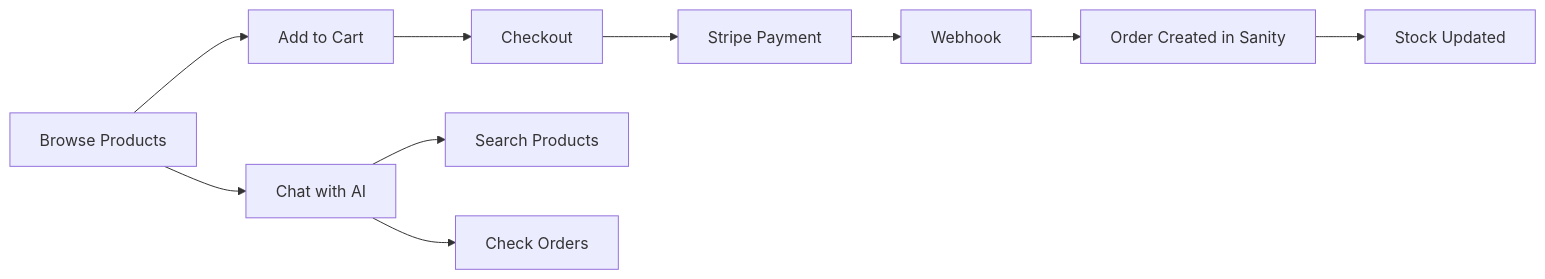
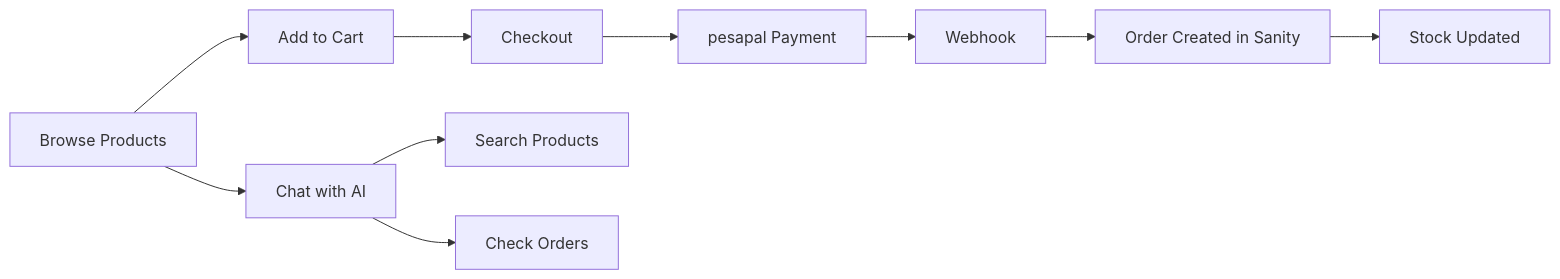
The first of 3 diagrams in README.md (SSEMWOGERERE948/Afrigoals_ecommerce), drawn with Mermaid before and after one commit. The commit also changed other lines of this file and 32 other files, not shown here.

````diff
--- a/README.md
+++ b/README.md
@@ -168,13 +168,13 @@
 ```mermaid
 flowchart LR
     A[Browse Products] --> B[Add to Cart]
     B --> C[Checkout]
-    C --> D[Stripe Payment]
+    C --> D[pesapal Payment]
     D --> E[Webhook]
     E --> F[Order Created in Sanity]
     F --> G[Stock Updated]
     
     A --> H[Chat with AI]
     H --> I[Search Products]
     H --> J[Check Orders]
 ```
````
